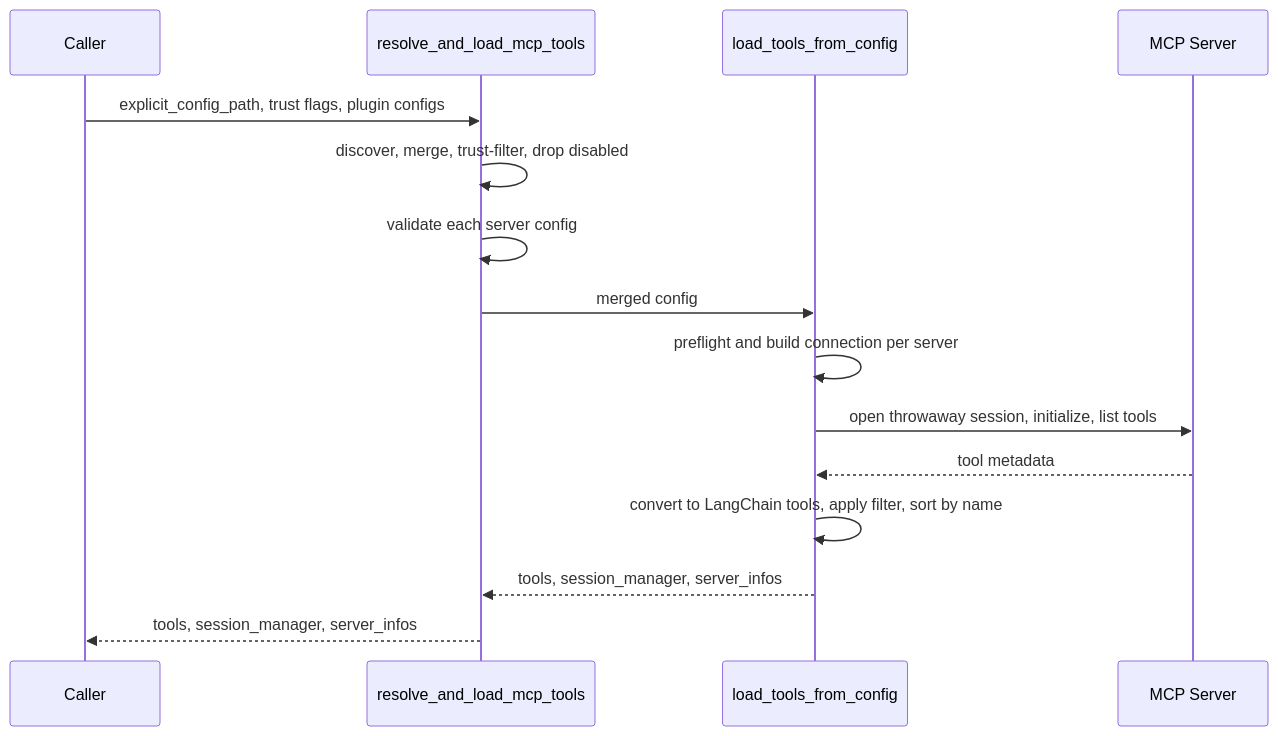
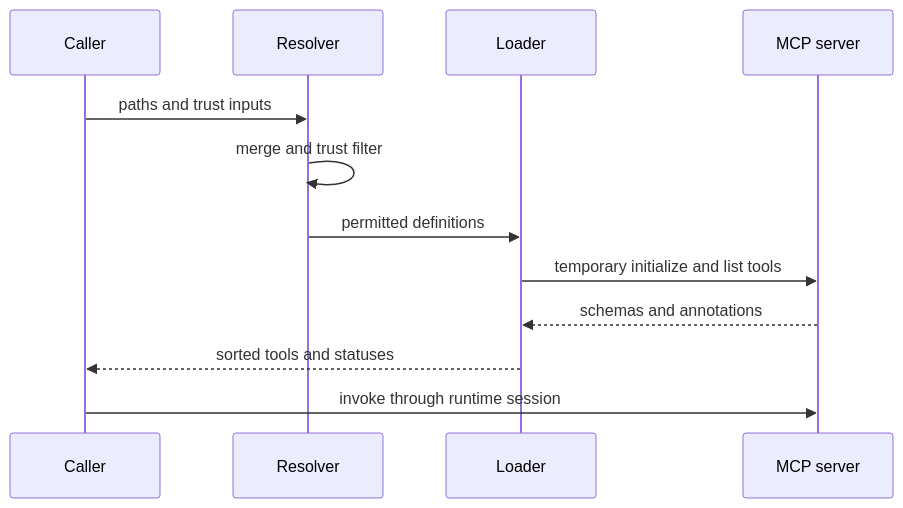
The first of 2 diagrams in openwiki/integrations/mcp.md (langchain-ai/deepagents), drawn with Mermaid before and after one commit. The commit also changed other lines of this file and 136 other files, not shown here.

````diff
--- a/openwiki/integrations/mcp.md
+++ b/openwiki/integrations/mcp.md
@@ -106,17 +129,14 @@
 ```mermaid
 sequenceDiagram
     participant Caller
-    participant Loader as resolve_and_load_mcp_tools
-    participant LTC as load_tools_from_config
-    participant Server as MCP Server
-    Caller->>Loader: explicit_config_path, trust flags, plugin configs
-    Loader->>Loader: discover, merge, trust-filter, drop disabled
-    Loader->>Loader: validate each server config
-    Loader->>LTC: merged config
-    LTC->>LTC: preflight and build connection per server
-    LTC->>Server: open throwaway session, initialize, list tools
-    Server-->>LTC: tool metadata
-    LTC->>LTC: convert to LangChain tools, apply filter, sort by name
-    LTC-->>Loader: tools, session_manager, server_infos
-    Loader-->>Caller: tools, session_manager, server_infos
+    participant Resolver
+    participant Loader
+    participant Remote as MCP server
+    Caller->>Resolver: paths and trust inputs
+    Resolver->>Resolver: merge and trust filter
+    Resolver->>Loader: permitted definitions
+    Loader->>Remote: temporary initialize and list tools
+    Remote-->>Loader: schemas and annotations
+    Loader-->>Caller: sorted tools and statuses
+    Caller->>Remote: invoke through runtime session
 ```
````
